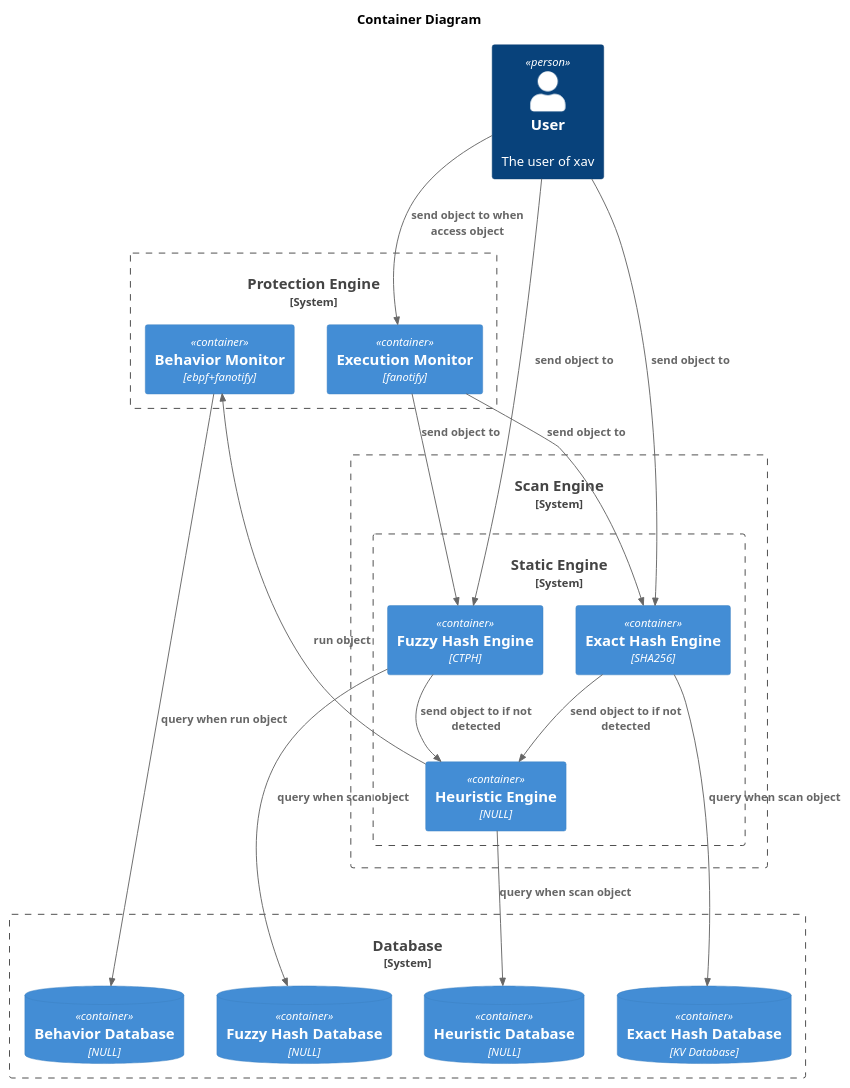
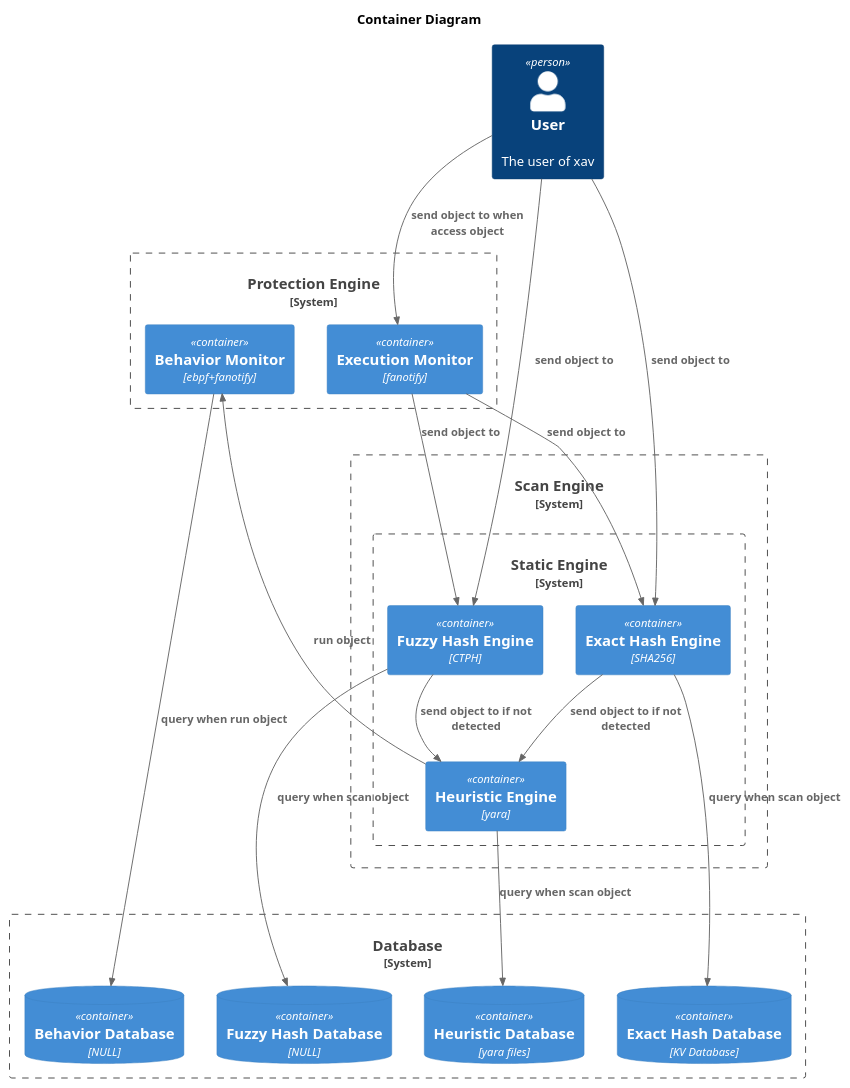
The diagram in puml/container.puml (qylWheels/xav), drawn with PlantUML before and after one commit.

Commit message:
Update Heuristic Engine and Heuristic Database descriptions in container diagram.

```diff
--- a/puml/container.puml
+++ b/puml/container.puml
@@ -1,42 +1,42 @@
 @startuml container
 
 !include https://raw.githubusercontent.com/plantuml/plantuml-stdlib/refs/heads/master/stdlib/C4/C4_Container.puml
 
 title Container Diagram
 
 Person(user, "User", "The user of xav")
 
 System_Boundary(protection_engine, "Protection Engine") {
     Container(execution_monitor, "Execution Monitor", "fanotify")
     Container(behavior_monitor, "Behavior Monitor", "ebpf+fanotify")
 }
 
 System_Boundary(scan_engine, "Scan Engine") {
     System_Boundary(static_engine, "Static Engine") {
         Container(exact_hash_engine, "Exact Hash Engine", "SHA256")
         Container(fuzzy_hash_engine, "Fuzzy Hash Engine", "CTPH")
-        Container(heur_engine, "Heuristic Engine", "NULL")
+        Container(heur_engine, "Heuristic Engine", "yara")
     }
 }
 
 System_Boundary(database, "Database") {
     ContainerDb(exact_hash_db, "Exact Hash Database", "KV Database")
     ContainerDb(fuzzy_hash_db, "Fuzzy Hash Database", "NULL")
-    ContainerDb(heur_db, "Heuristic Database", "NULL")
+    ContainerDb(heur_db, "Heuristic Database", "yara files")
     ContainerDb(behavior_db, "Behavior Database", "NULL")
 }
 
 Rel(user, execution_monitor, "send object to when access object")
 Rel(user, exact_hash_engine, "send object to")
 Rel(user, fuzzy_hash_engine, "send object to")
 Rel(execution_monitor, exact_hash_engine, "send object to")
 Rel(execution_monitor, fuzzy_hash_engine, "send object to")
 Rel(exact_hash_engine, heur_engine, "send object to if not detected")
 Rel(fuzzy_hash_engine, heur_engine, "send object to if not detected")
 Rel(heur_engine, behavior_monitor, "run object")
 Rel(exact_hash_engine, exact_hash_db, "query when scan object")
 Rel(fuzzy_hash_engine, fuzzy_hash_db, "query when scan object")
 Rel(heur_engine, heur_db, "query when scan object")
 Rel(behavior_monitor, behavior_db, "query when run object")
 
 @enduml
```
